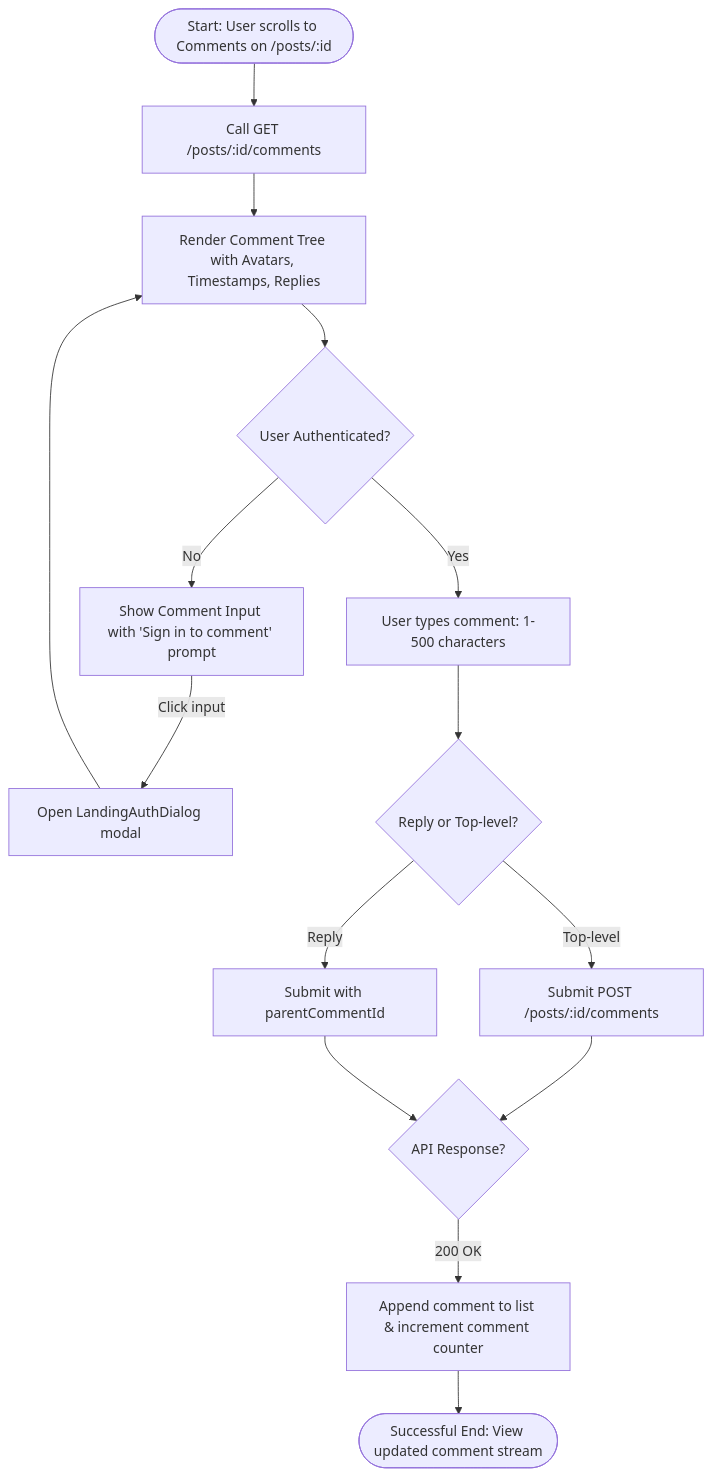
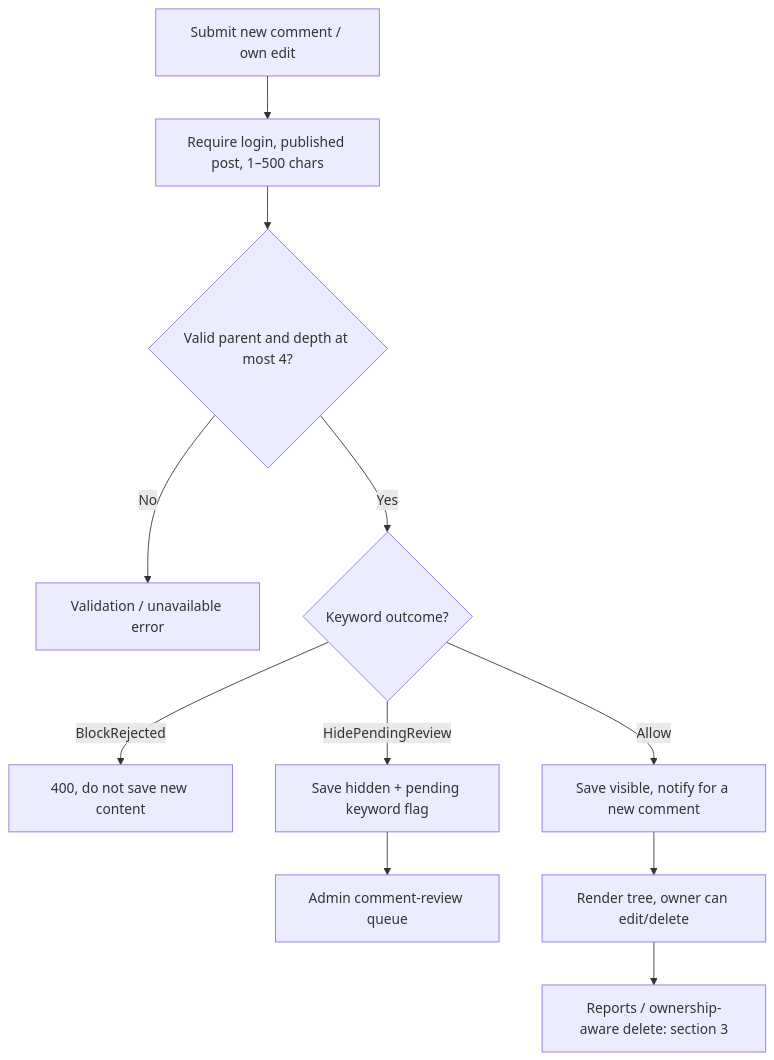
Before and after one commit to NguyenQuocTrong-bonmat/frontend-VeganHelperSystem: diagram 18 of 56 in Design.MD, drawn with Mermaid. The commit also changed other lines of this file, not shown here.

Commit message:
docs: align design diagrams with current workflows

````diff
--- a/Design.MD
+++ b/Design.MD
@@ -1758,16 +756,13 @@
 ```mermaid
 flowchart TD
-    A([Start: User scrolls to Comments on /posts/:id]) --> B[Call GET /posts/:id/comments]
-    B --> C[Render Comment Tree with Avatars, Timestamps, Replies]
-    C --> D{User Authenticated?}
-    D -->|No| E[Show Comment Input with 'Sign in to comment' prompt]
-    E -->|Click input| F[Open LandingAuthDialog modal] --> C
-    D -->|Yes| G[User types comment: 1-500 characters]
-    G --> H{Reply or Top-level?}
-    H -->|Top-level| I[Submit POST /posts/:id/comments]
-    H -->|Reply| J[Submit with parentCommentId]
-    I --> K{API Response?}
-    J --> K
-    K -->|200 OK| L[Append comment to list & increment comment counter]
-    L --> M([Successful End: View updated comment stream])
+    A["Submit new comment / own edit"] --> B["Require login, published post, 1–500 chars"]
+    B --> C{"Valid parent and depth at most 4?"}
+    C -->|No| D["Validation / unavailable error"]
+    C -->|Yes| E{"Keyword outcome?"}
+    E -->|BlockRejected| F["400, do not save new content"]
+    E -->|HidePendingReview| G["Save hidden + pending keyword flag"]
+    E -->|Allow| H["Save visible, notify for a new comment"]
+    G --> I["Admin comment-review queue"]
+    H --> J["Render tree, owner can edit/delete"]
+    J --> K["Reports / ownership-aware delete: section 3"]
 ```
````
